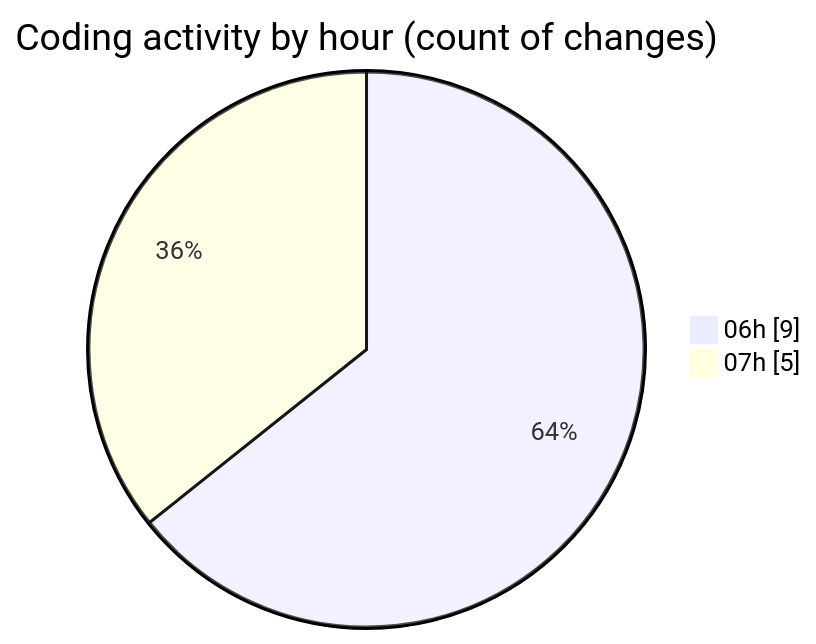
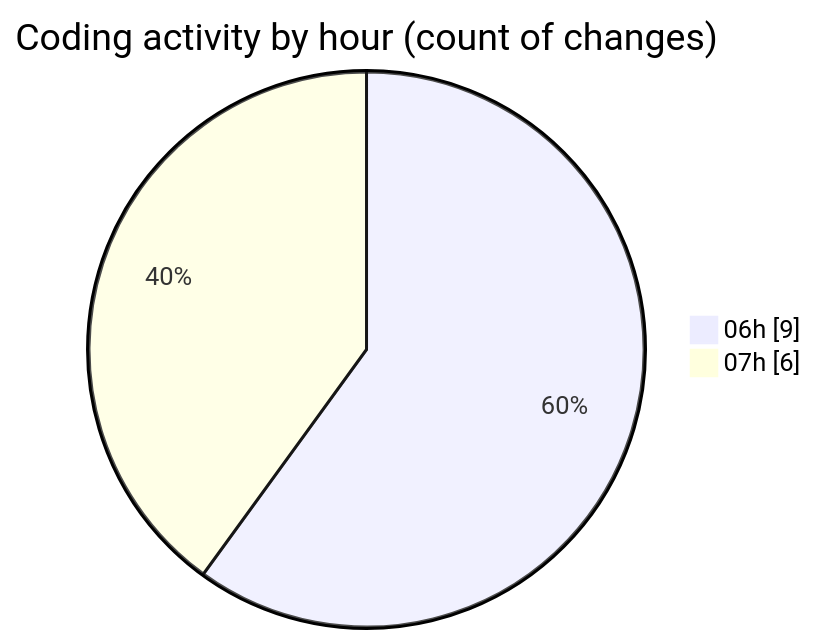
The second of 2 diagrams in 2025-02-18/mbc-web/README.md (robertbonfada/code-tracking), drawn with Mermaid before and after one commit. The commit also changed other lines of this file and 1 other file, not shown here.

````diff
--- a/2025-02-18/mbc-web/README.md
+++ b/2025-02-18/mbc-web/README.md
@@ -34,6 +34,6 @@
 ```mermaid
 pie showData
 title Coding activity by hour (count of changes)
 "06h" : 9
-"07h" : 5
+"07h" : 6
 ```
````
